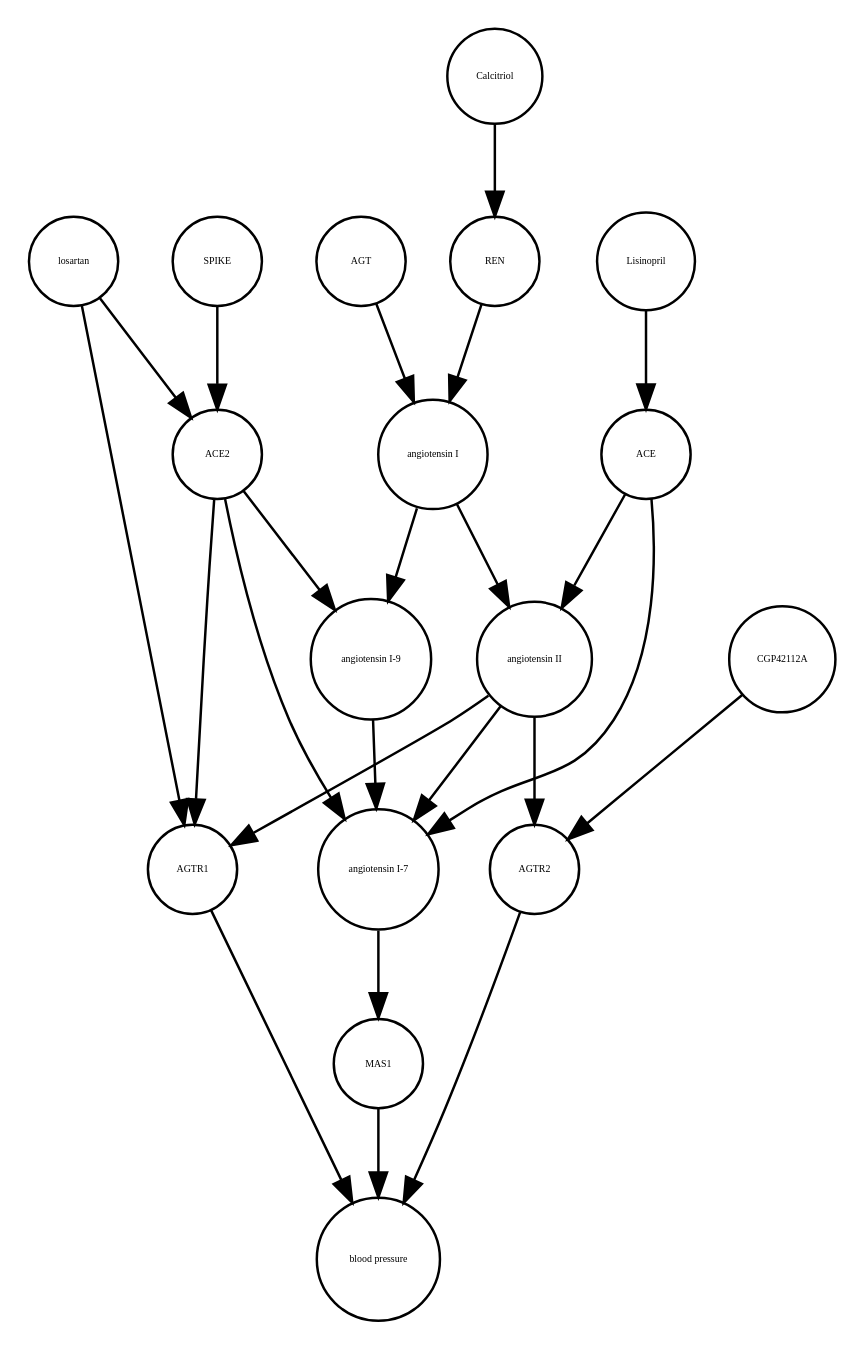
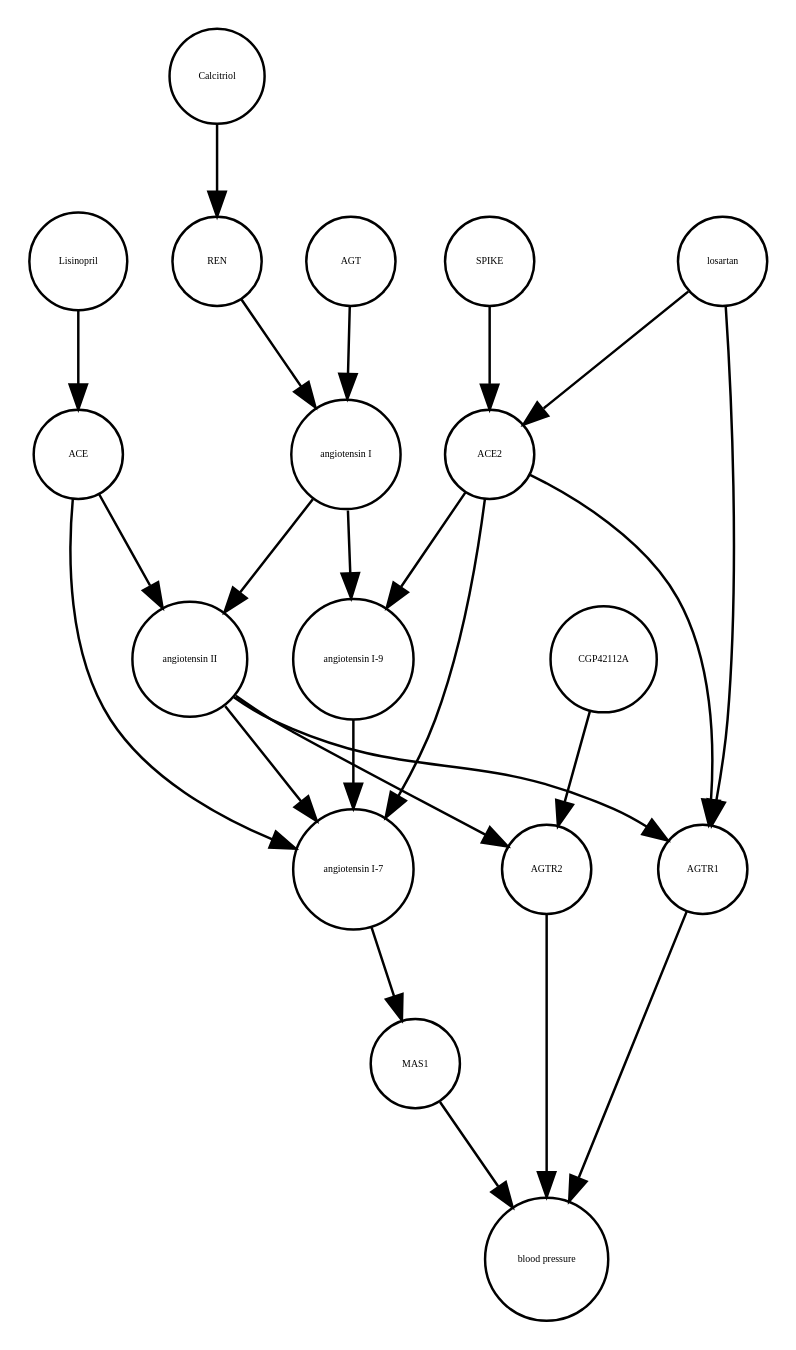
Before and after one commit to cannin/covid19-sbgn: the diagram in Role_of_spike_ACE2_interaction_in_pulmonary_blood_pressure_regulation_v3.xml_projected.dot, drawn with Graphviz. The commit also changed other lines of this file and 637 other files, not shown here.

```diff
--- a/Role_of_spike_ACE2_interaction_in_pulmonary_blood_pressure_regulation_v3.xml_projected.dot
+++ b/Role_of_spike_ACE2_interaction_in_pulmonary_blood_pressure_regulation_v3.xml_projected.dot
@@ -1,42 +1,42 @@
 strict digraph  {
 MAS1 [annotation="", bipartite=0, cls=macromolecule, fontsize=4, label=MAS1, shape=circle];
 "blood pressure" [annotation="", bipartite=0, cls=phenotype, fontsize=4, label="blood pressure", shape=circle];
 AGTR2 [annotation="", bipartite=0, cls=macromolecule, fontsize=4, label=AGTR2, shape=circle];
 AGTR1 [annotation="", bipartite=0, cls=macromolecule, fontsize=4, label=AGTR1, shape=circle];
+ACE [annotation="", bipartite=0, cls=macromolecule, fontsize=4, label=ACE, shape=circle];
+"angiotensin II" [annotation="", bipartite=0, cls="simple chemical", fontsize=4, label="angiotensin II", shape=circle];
+"angiotensin I-9" [annotation="", bipartite=0, cls="simple chemical", fontsize=4, label="angiotensin I-9", shape=circle];
+"angiotensin I" [annotation="", bipartite=0, cls="simple chemical", fontsize=4, label="angiotensin I", shape=circle];
+ACE2 [annotation="", bipartite=0, cls=macromolecule, fontsize=4, label=ACE2, shape=circle];
+AGT [annotation="", bipartite=0, cls=macromolecule, fontsize=4, label=AGT, shape=circle];
+Calcitriol [annotation="", bipartite=0, cls="simple chemical", fontsize=4, label=Calcitriol, shape=circle];
+Lisinopril [annotation="", bipartite=0, cls="simple chemical", fontsize=4, label=Lisinopril, shape=circle];
+"angiotensin I-7" [annotation="", bipartite=0, cls="simple chemical", fontsize=4, label="angiotensin I-7", shape=circle];
+CGP42112A [annotation="", bipartite=0, cls="simple chemical", fontsize=4, label=CGP42112A, shape=circle];
+SPIKE [annotation="", bipartite=0, cls=macromolecule, fontsize=4, label=SPIKE, shape=circle];
+REN [annotation="", bipartite=0, cls=macromolecule, fontsize=4, label=REN, shape=circle];
 losartan [annotation="", bipartite=0, cls="simple chemical", fontsize=4, label=losartan, shape=circle];
-"angiotensin I" [annotation="", bipartite=0, cls="simple chemical", fontsize=4, label="angiotensin I", shape=circle];
-"angiotensin I-9" [annotation="", bipartite=0, cls="simple chemical", fontsize=4, label="angiotensin I-9", shape=circle];
-"angiotensin II" [annotation="", bipartite=0, cls="simple chemical", fontsize=4, label="angiotensin II", shape=circle];
-Calcitriol [annotation="", bipartite=0, cls="simple chemical", fontsize=4, label=Calcitriol, shape=circle];
-SPIKE [annotation="", bipartite=0, cls=macromolecule, fontsize=4, label=SPIKE, shape=circle];
-Lisinopril [annotation="", bipartite=0, cls="simple chemical", fontsize=4, label=Lisinopril, shape=circle];
-ACE2 [annotation="", bipartite=0, cls=macromolecule, fontsize=4, label=ACE2, shape=circle];
-ACE [annotation="", bipartite=0, cls=macromolecule, fontsize=4, label=ACE, shape=circle];
-REN [annotation="", bipartite=0, cls=macromolecule, fontsize=4, label=REN, shape=circle];
-"angiotensin I-7" [annotation="", bipartite=0, cls="simple chemical", fontsize=4, label="angiotensin I-7", shape=circle];
-AGT [annotation="", bipartite=0, cls=macromolecule, fontsize=4, label=AGT, shape=circle];
-CGP42112A [annotation="", bipartite=0, cls="simple chemical", fontsize=4, label=CGP42112A, shape=circle];
 MAS1 -> "blood pressure"  [annotation="", interaction_type=inhibition];
 AGTR2 -> "blood pressure"  [annotation="", interaction_type=inhibition];
 AGTR1 -> "blood pressure"  [annotation="", interaction_type=stimulation];
-losartan -> ACE2  [annotation="", interaction_type=production];
-losartan -> AGTR1  [annotation="", interaction_type=production];
-"angiotensin I" -> "angiotensin I-9"  [annotation="", interaction_type=production];
-"angiotensin I" -> "angiotensin II"  [annotation="", interaction_type=production];
-"angiotensin I-9" -> "angiotensin I-7"  [annotation="", interaction_type=production];
-"angiotensin II" -> "angiotensin I-7"  [annotation="", interaction_type=production];
+ACE -> "angiotensin I-7"  [annotation="", interaction_type=catalysis];
+ACE -> "angiotensin II"  [annotation="", interaction_type=catalysis];
 "angiotensin II" -> AGTR1  [annotation="", interaction_type=production];
 "angiotensin II" -> AGTR2  [annotation="", interaction_type=production];
+"angiotensin II" -> "angiotensin I-7"  [annotation="", interaction_type=production];
+"angiotensin I-9" -> "angiotensin I-7"  [annotation="", interaction_type=production];
+"angiotensin I" -> "angiotensin II"  [annotation="", interaction_type=production];
+"angiotensin I" -> "angiotensin I-9"  [annotation="", interaction_type=production];
+ACE2 -> AGTR1  [annotation="", interaction_type=production];
+ACE2 -> "angiotensin I-9"  [annotation="", interaction_type=catalysis];
+ACE2 -> "angiotensin I-7"  [annotation="", interaction_type=catalysis];
+AGT -> "angiotensin I"  [annotation="", interaction_type=production];
 Calcitriol -> REN  [annotation="", interaction_type=inhibition];
+Lisinopril -> ACE  [annotation="", interaction_type=production];
+"angiotensin I-7" -> MAS1  [annotation="", interaction_type=production];
+CGP42112A -> AGTR2  [annotation="", interaction_type=production];
 SPIKE -> ACE2  [annotation="", interaction_type=production];
-Lisinopril -> ACE  [annotation="", interaction_type=production];
-ACE2 -> "angiotensin I-7"  [annotation="", interaction_type=catalysis];
-ACE2 -> "angiotensin I-9"  [annotation="", interaction_type=catalysis];
-ACE2 -> AGTR1  [annotation="", interaction_type=production];
-ACE -> "angiotensin I-7"  [annotation="", interaction_type=catalysis];
-ACE -> "angiotensin II"  [annotation="", interaction_type=catalysis];
 REN -> "angiotensin I"  [annotation="", interaction_type=catalysis];
-"angiotensin I-7" -> MAS1  [annotation="", interaction_type=production];
-AGT -> "angiotensin I"  [annotation="", interaction_type=production];
-CGP42112A -> AGTR2  [annotation="", interaction_type=production];
+losartan -> AGTR1  [annotation="", interaction_type=production];
+losartan -> ACE2  [annotation="", interaction_type=production];
 }
```
